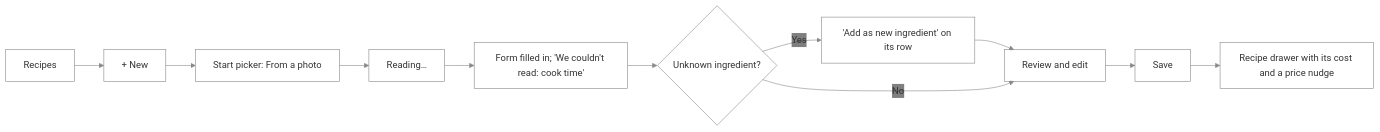
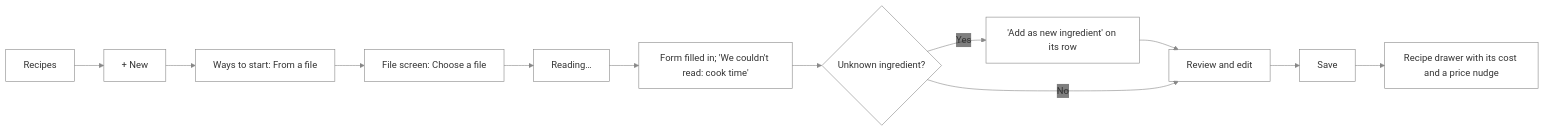
Before and after one commit to NovaMoonX/moondreams-dev-apps: diagram 26 of 31 in src/apps/pinch/UX.md, drawn with Mermaid. The commit also changed other lines of this file and 2 other files, not shown here.

First line of the commit message:
Pinch redesign: docs for the recipe start flow, nutrition basis, view options and help modal

````diff
--- a/src/apps/pinch/UX.md
+++ b/src/apps/pinch/UX.md
@@ -764,9 +839,9 @@
 ```mermaid
 %%{init: {'theme': 'base', 'themeVariables': {'primaryColor': 'transparent', 'clusterBkg': 'transparent', 'primaryBorderColor': '#888888', 'clusterBorder': '#888888', 'lineColor': '#888888', 'primaryTextColor': '#333333'}}}%%
 flowchart LR
-    A[Recipes] --> B[+ New] --> C["Start picker: From a photo"] --> D["Reading…"] --> E["Form filled in; 'We couldn't read: cook time'"]
+    A[Recipes] --> B[+ New] --> C["Ways to start: From a file"] --> C2["File screen: Choose a file"] --> D["Reading…"] --> E["Form filled in; 'We couldn't read: cook time'"]
     E --> F{"Unknown ingredient?"}
     F -->|Yes| G["'Add as new ingredient' on its row"] --> H[Review and edit]
     F -->|No| H
     H --> I[Save] --> J["Recipe drawer with its cost and a price nudge"]
 ```
````
